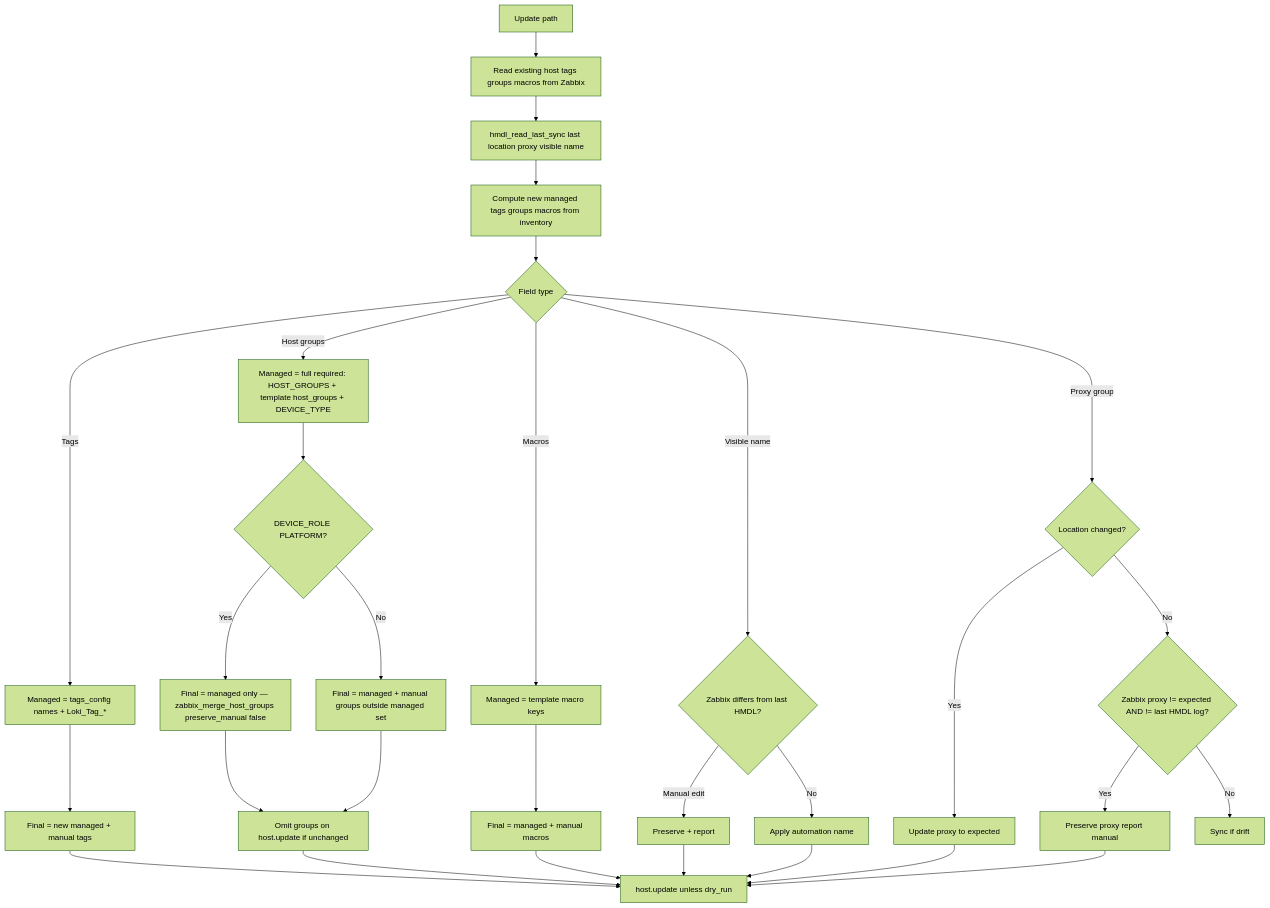
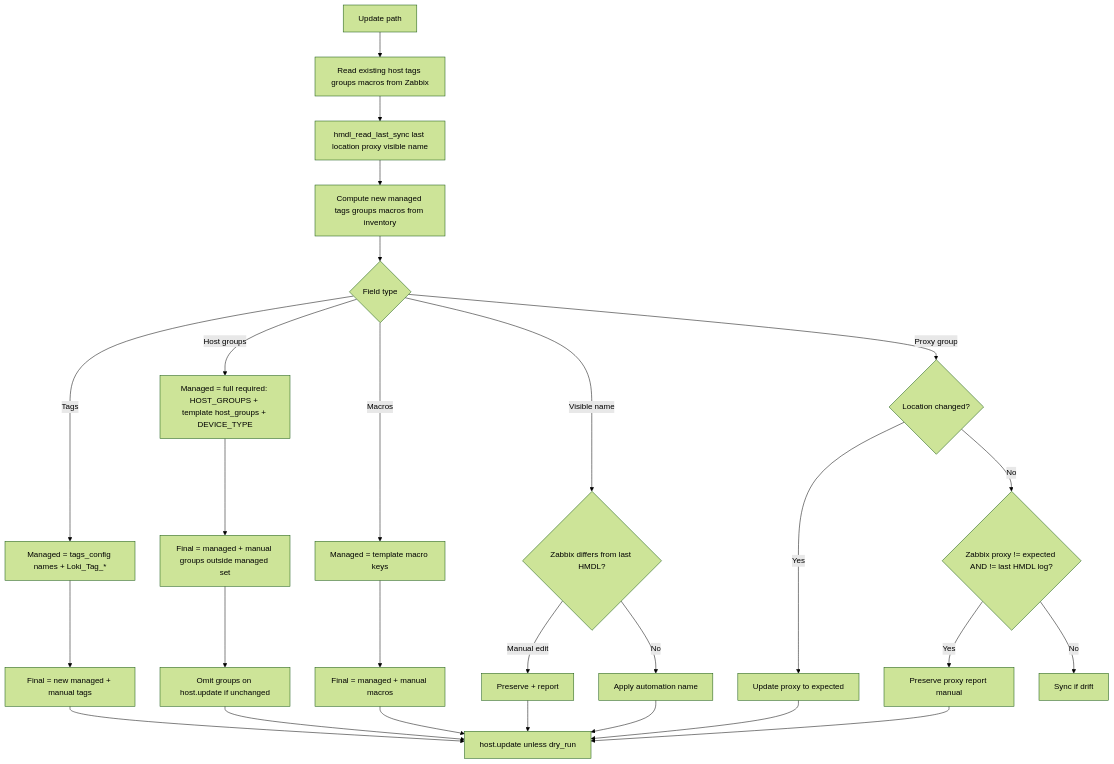
The fourth of 5 diagrams in zabbix-netbox/docs/design/SYNC_DATA_FLOW.md (Duosis-Developer-Team/project-zabake), drawn with Mermaid (forest theme) before and after one commit. The commit also changed 5 other files, not shown here.

Commit message:
host group merge application

````diff
--- a/zabbix-netbox/docs/design/SYNC_DATA_FLOW.md
+++ b/zabbix-netbox/docs/design/SYNC_DATA_FLOW.md
@@ -179,32 +179,29 @@
 ```mermaid
 flowchart TD
     Start[Update path] --> LoadZbx[Read existing host tags groups macros from Zabbix]
     LoadZbx --> LoadHMDL[hmdl_read_last_sync last location proxy visible name]
     LoadHMDL --> Calc[Compute new managed tags groups macros from inventory]
     Calc --> Split{Field type}
 
     Split -->|Tags| TM[Managed = tags_config names + Loki_Tag_*]
     TM --> TM2[Final = new managed + manual tags]
 
     Split -->|Host groups| GM[Managed = full required: HOST_GROUPS + template host_groups + DEVICE_TYPE]
-    GM --> GM2{DEVICE_ROLE PLATFORM?}
-    GM2 -->|Yes| GM3[Final = managed only — zabbix_merge_host_groups preserve_manual false]
-    GM2 -->|No| GM4[Final = managed + manual groups outside managed set]
-    GM3 --> GM5[Omit groups on host.update if unchanged]
-    GM4 --> GM5
+    GM --> GM2[Final = managed + manual groups outside managed set]
+    GM2 --> GM5[Omit groups on host.update if unchanged]
 
     Split -->|Macros| MM[Managed = template macro keys]
     MM --> MM2[Final = managed + manual macros]
 
     Split -->|Visible name| VN{Zabbix differs from last HMDL?}
     VN -->|Manual edit| VNP[Preserve + report]
     VN -->|No| VNU[Apply automation name]
 
     Split -->|Proxy group| PG{Location changed?}
     PG -->|Yes| PGU[Update proxy to expected]
     PG -->|No| PGM{Zabbix proxy != expected AND != last HMDL log?}
     PGM -->|Yes| PGK[Preserve proxy report manual]
     PGM -->|No| PGU2[Sync if drift]
 
     TM2 & GM5 & MM2 & VNP & VNU & PGU & PGK --> API[host.update unless dry_run]
 ```
````
